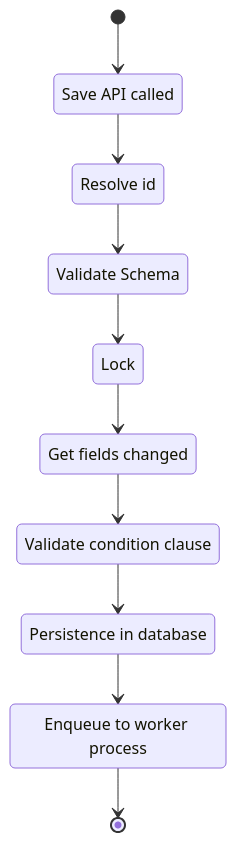
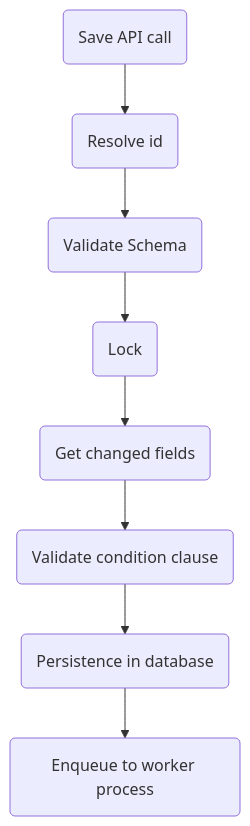
Before and after one commit to vtexdocs/dev-portal-content: the diagram in docs/guides/Master-Data/guides/master-data-v2-document-saving-flow.md, drawn with Mermaid. The commit also changed other lines of this file, not shown here.

````diff
--- a/docs/guides/Master-Data/guides/master-data-v2-document-saving-flow.md
+++ b/docs/guides/Master-Data/guides/master-data-v2-document-saving-flow.md
@@ -12,20 +12,10 @@
 ```mermaid
-stateDiagram-v2
-    state "Save API called" as A
-    state "Resolve id" as B
-    state "Validate Schema" as C
-    state "Lock" as D
-    state "Get fields changed" as E
-    state "Validate condition clause" as F
-    state "Persistence in database" as G
-    state "Enqueue to worker process" as H
-    [*] --> A
-    A --> B
-    B --> C
-    C --> D
-    D --> E
-    E --> F
-    F --> G
-    G --> H
-    H --> [*]
+flowchart TD
+    A(Save API call) --> B(Resolve id)
+    B --> C(Validate Schema)
+    C --> D(Lock)
+    D --> E(Get changed fields)
+    E --> F(Validate condition clause)
+    F --> G(Persistence in database)
+    G --> H(Enqueue to worker process)
 ```
````
